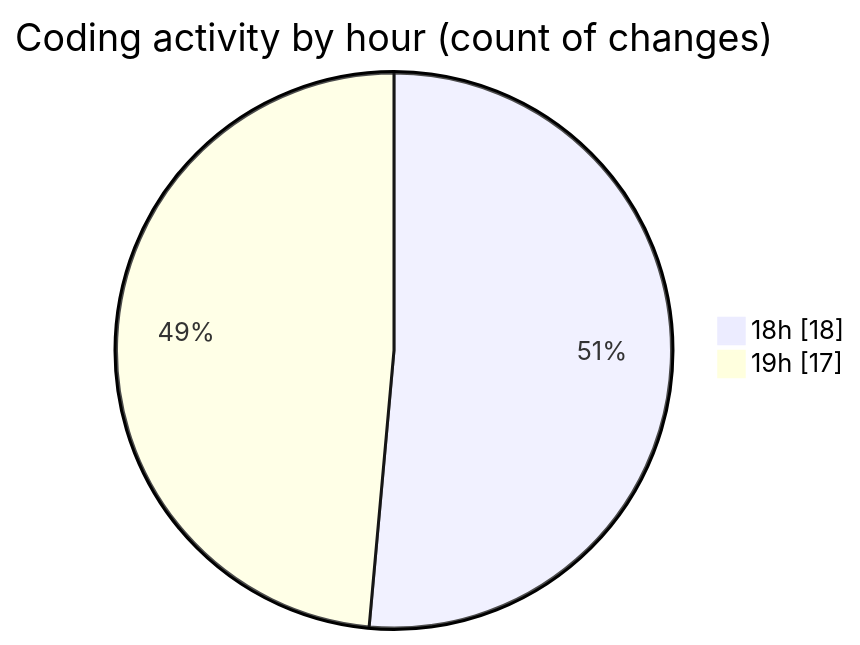
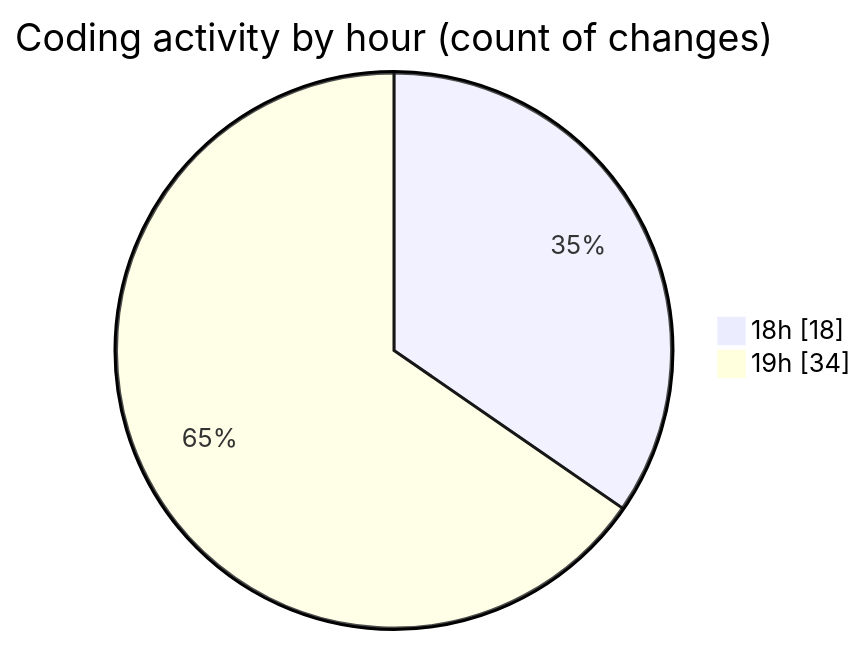
One commit to ernivani/code-tracking changed the second of 2 diagrams in 2025-01-03/my-code-activity-ext/README.md. Above: the diagram before and after it, drawn with Mermaid. The commit also changed other lines of this file and 6 other files, not shown here.

````diff
--- a/2025-01-03/my-code-activity-ext/README.md
+++ b/2025-01-03/my-code-activity-ext/README.md
@@ -37,6 +41,6 @@
 ```mermaid
 pie showData
 title Coding activity by hour (count of changes)
 "18h" : 18
-"19h" : 17
+"19h" : 34
 ```
````
